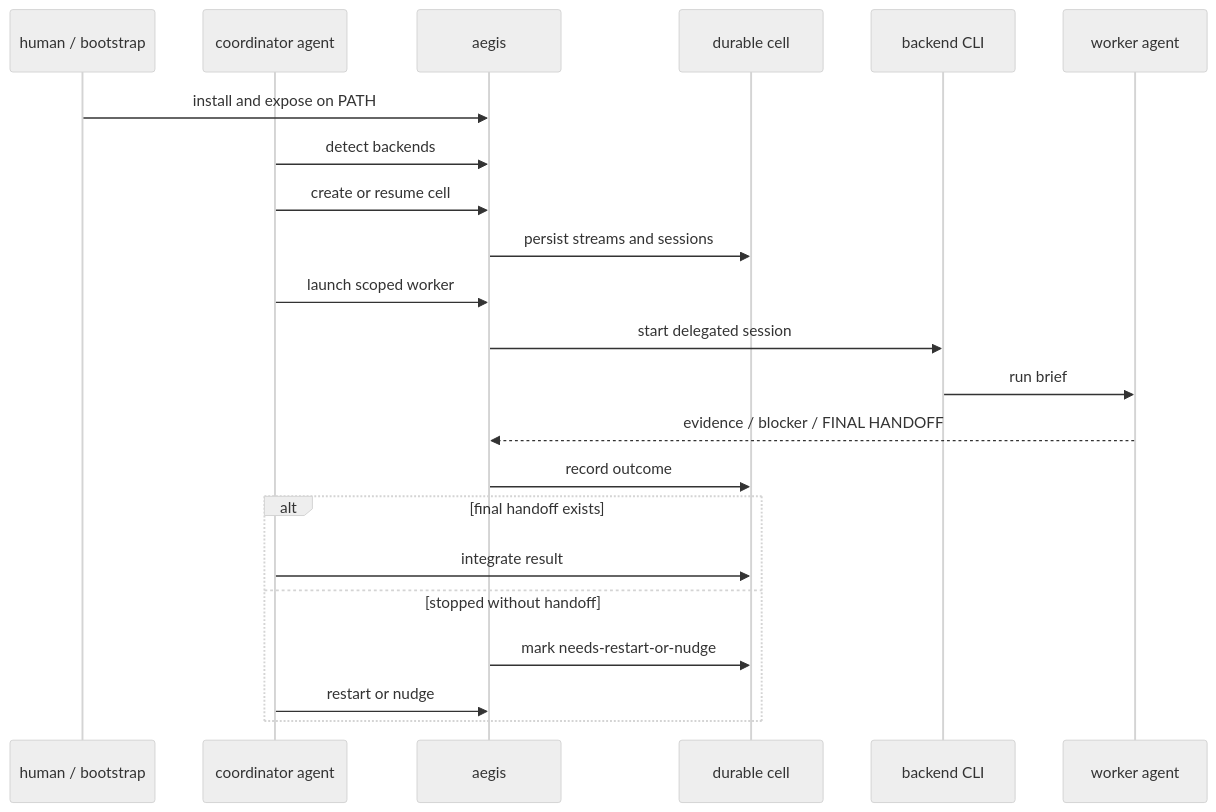
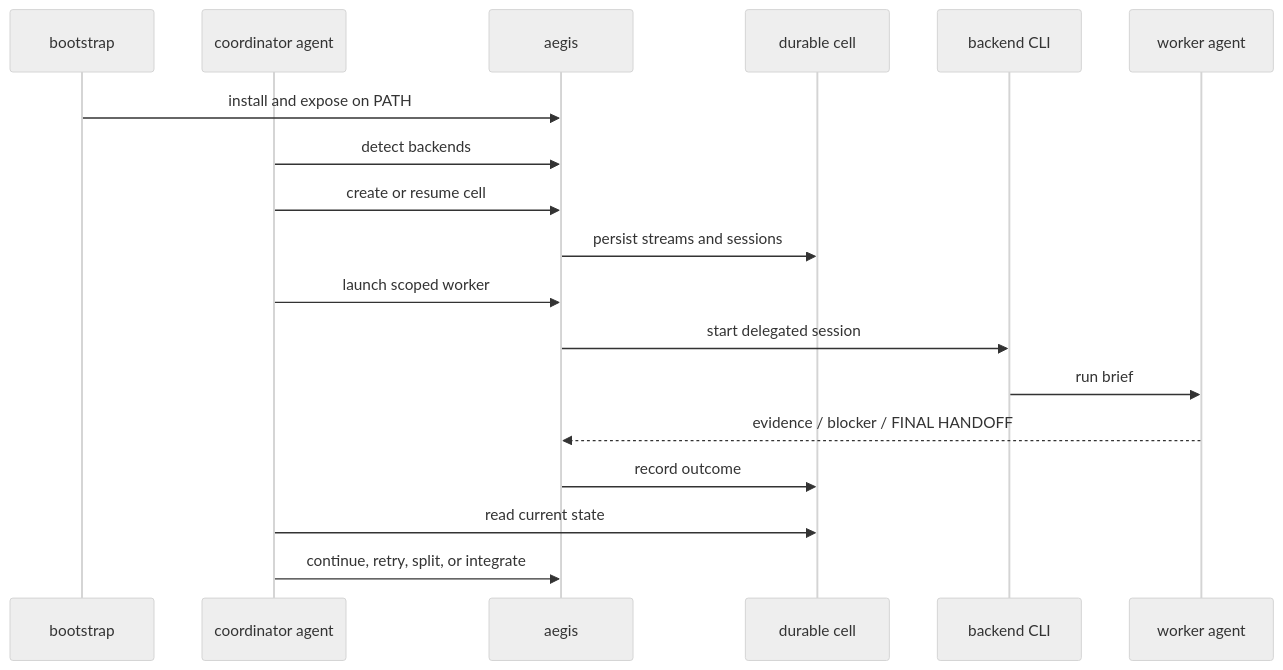
One commit to mattgenious/aegis changed the diagram in README.md. Above: the diagram before and after it, drawn with Mermaid (neutral theme). The commit also changed other lines of this file and 1 other file, not shown here.

Commit message:
Avoid overfitting README positioning

````diff
--- a/README.md
+++ b/README.md
@@ -33,26 +33,21 @@
 ```mermaid
 sequenceDiagram
-    participant Bootstrap as human / bootstrap
+    participant Bootstrap as bootstrap
     participant Coordinator as coordinator agent
     participant Aegis as aegis
     participant Cell as durable cell
     participant Backend as backend CLI
     participant Worker as worker agent
 
     Bootstrap->>Aegis: install and expose on PATH
     Coordinator->>Aegis: detect backends
     Coordinator->>Aegis: create or resume cell
     Aegis->>Cell: persist streams and sessions
     Coordinator->>Aegis: launch scoped worker
     Aegis->>Backend: start delegated session
     Backend->>Worker: run brief
     Worker-->>Aegis: evidence / blocker / FINAL HANDOFF
     Aegis->>Cell: record outcome
-
-    alt final handoff exists
-        Coordinator->>Cell: integrate result
-    else stopped without handoff
-        Aegis->>Cell: mark needs-restart-or-nudge
-        Coordinator->>Aegis: restart or nudge
-    end
+    Coordinator->>Cell: read current state
+    Coordinator->>Aegis: continue, retry, split, or integrate
 ```
````
